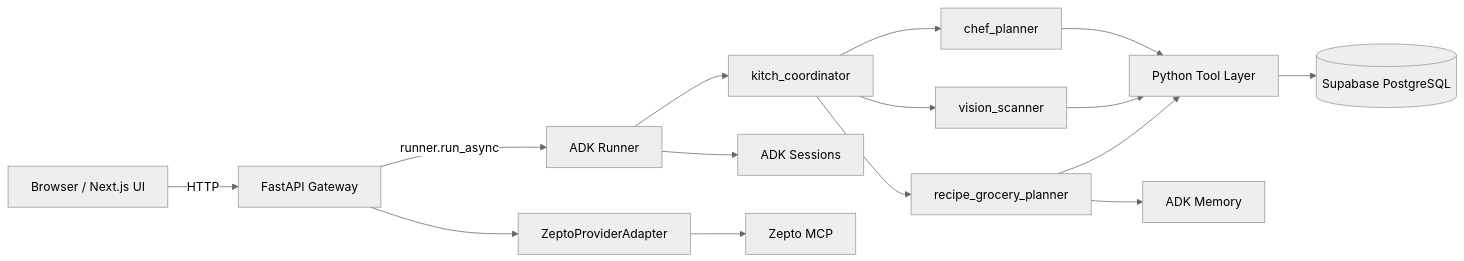
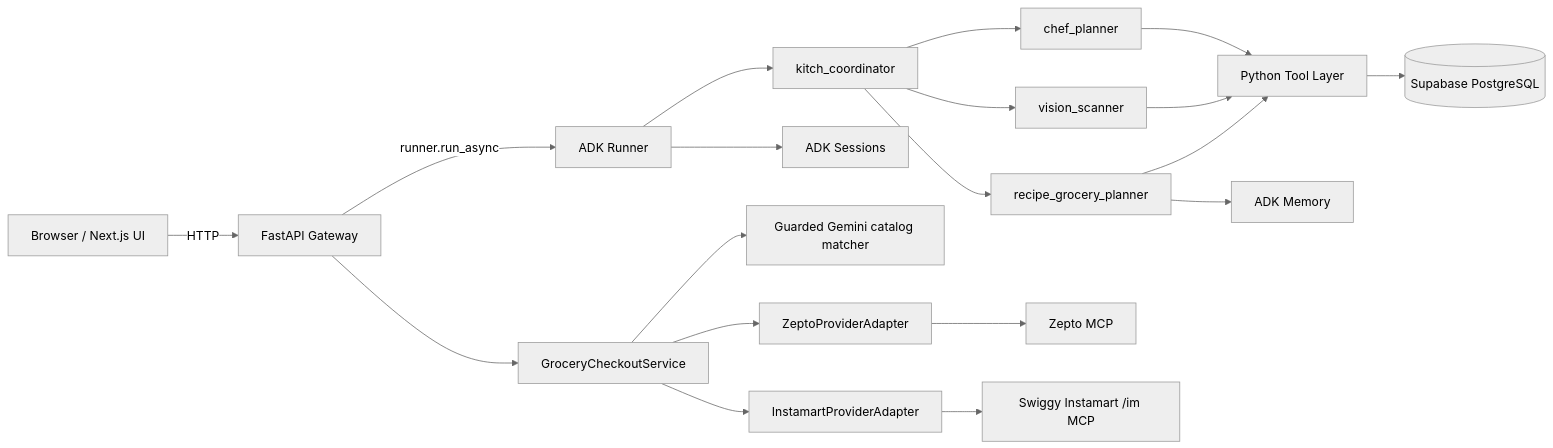
One commit to architworks/meal_and_grocery_agent changed the first of 2 diagrams in docs/current_architecture.md. Above: the diagram before and after it, drawn with Mermaid (neutral theme). The commit also changed other lines of this file and 38 other files, not shown here.

First line of the commit message:
[FEATURE] Add multi-provider grocery checkout with Swiggy Instamart

````diff
--- a/docs/current_architecture.md
+++ b/docs/current_architecture.md
@@ -25,20 +25,24 @@
 ```mermaid
 flowchart LR
     Browser[Browser / Next.js UI] -->|HTTP| API[FastAPI Gateway]
     API -->|runner.run_async| Runner[ADK Runner]
     Runner --> Coordinator[kitch_coordinator]
     Coordinator --> Chef[chef_planner]
     Coordinator --> Vision[vision_scanner]
     Coordinator --> RecipeGrocery[recipe_grocery_planner]
 
     Chef --> Tools[Python Tool Layer]
     Vision --> Tools
     RecipeGrocery --> Tools
 
     Tools --> Supabase[(Supabase PostgreSQL)]
     RecipeGrocery --> Memory[ADK Memory]
     Runner --> Sessions[ADK Sessions]
 
-    API --> ZeptoAdapter[ZeptoProviderAdapter]
+    API --> Checkout[GroceryCheckoutService]
+    Checkout --> Matcher[Guarded Gemini catalog matcher]
+    Checkout --> ZeptoAdapter[ZeptoProviderAdapter]
+    Checkout --> InstamartAdapter[InstamartProviderAdapter]
     ZeptoAdapter --> ZeptoMCP[Zepto MCP]
+    InstamartAdapter --> InstamartMCP[Swiggy Instamart /im MCP]
 ```
````
